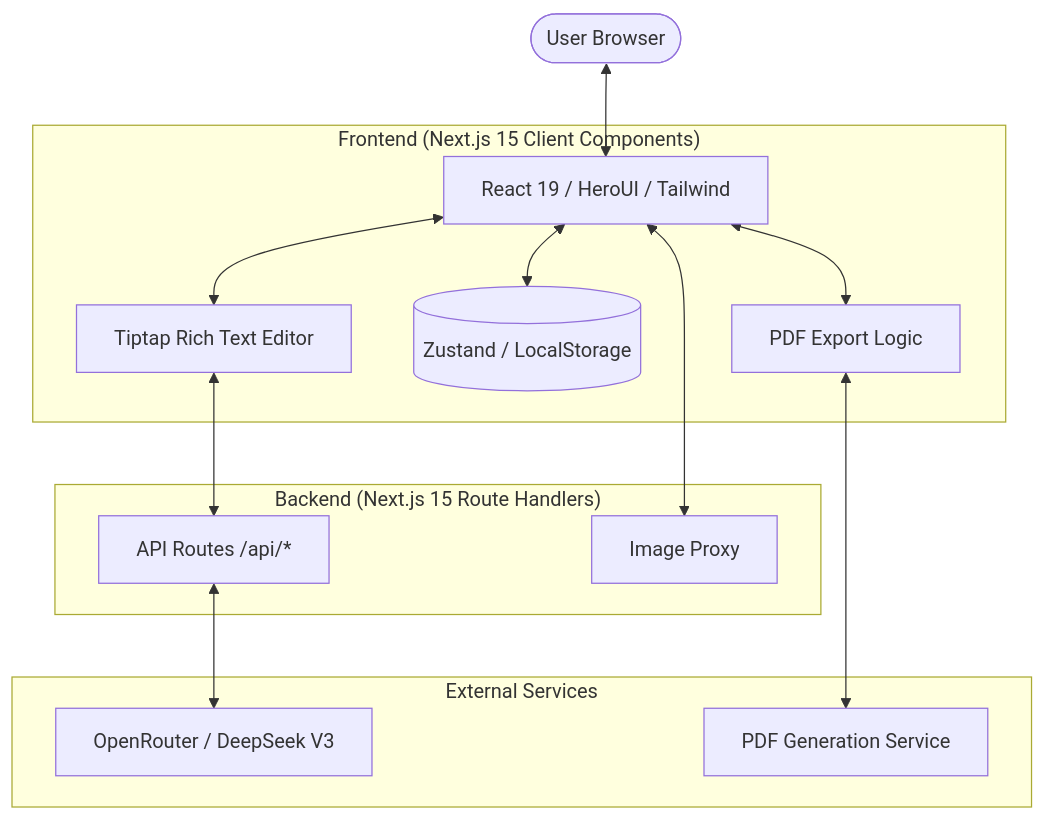
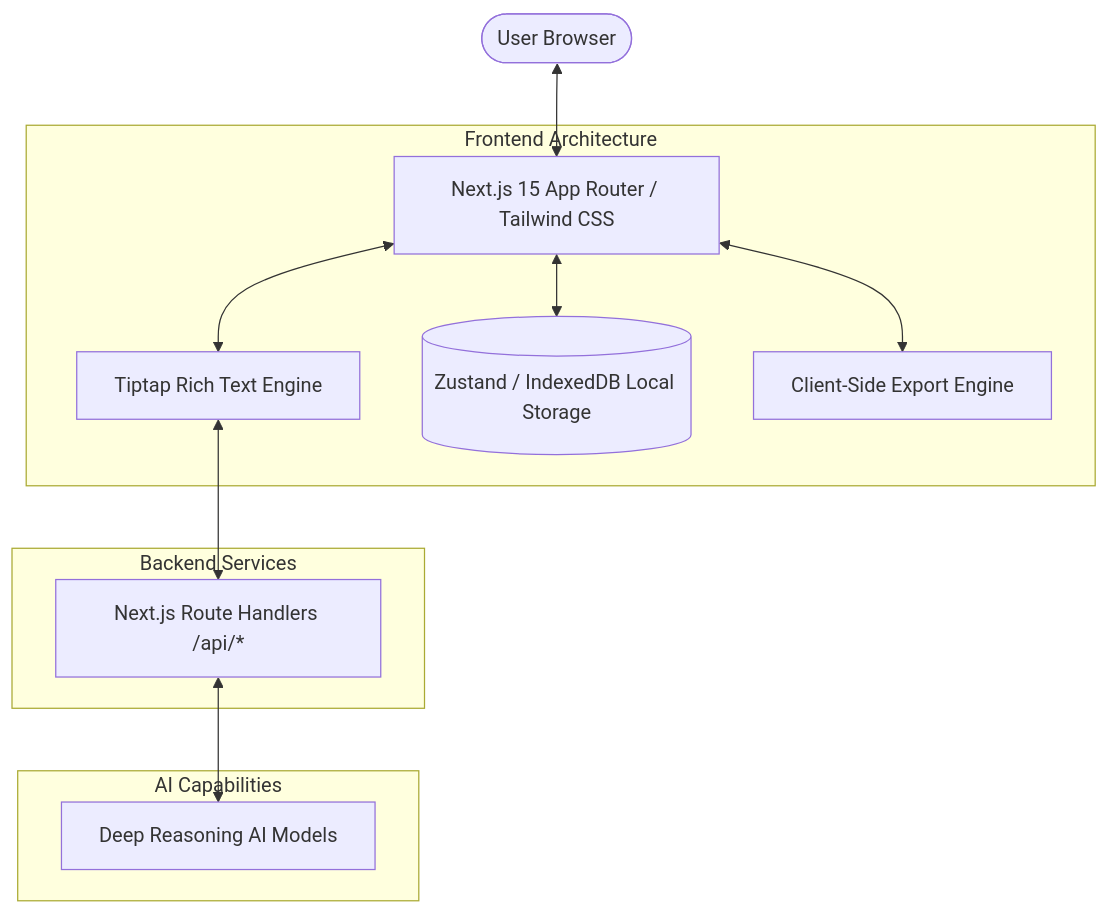
Before and after one commit to cuda-cookie/jobly-resume: the diagram in README.md, drawn with Mermaid. The commit also changed other lines of this file and 29 other files, not shown here.

Commit message:
feat: enhance UI loading states, default naming, and update PDF export mechanism

````diff
--- a/README.md
+++ b/README.md
@@ -41,30 +23,26 @@
 ```mermaid
 graph TD
     User([User Browser])
     
-    subgraph "Frontend (Next.js 15 Client Components)"
-        UI[React 19 / HeroUI / Tailwind]
-        Editor[Tiptap Rich Text Editor]
-        State[(Zustand / LocalStorage)]
-        Export[PDF Export Logic]
+    subgraph "Frontend Architecture"
+        UI[Next.js 15 App Router / Tailwind CSS]
+        Editor[Tiptap Rich Text Engine]
+        State[(Zustand / IndexedDB Local Storage)]
+        Export[Client-Side Export Engine]
     end
 
-    subgraph "Backend (Next.js 15 Route Handlers)"
-        API[API Routes /api/*]
-        Proxy[Image Proxy]
+    subgraph "Backend Services"
+        API[Next.js Route Handlers /api/*]
     end
 
-    subgraph "External Services"
-        OR[OpenRouter / DeepSeek V3]
-        PDF[PDF Generation Service]
+    subgraph "AI Capabilities"
+        AI[Deep Reasoning AI Models]
     end
 
     User <--> UI
     UI <--> Editor
     UI <--> State
     Editor <--> API
-    API <--> OR
+    API <--> AI
     UI <--> Export
-    Export <--> PDF
-    UI <--> Proxy
 ```
````
